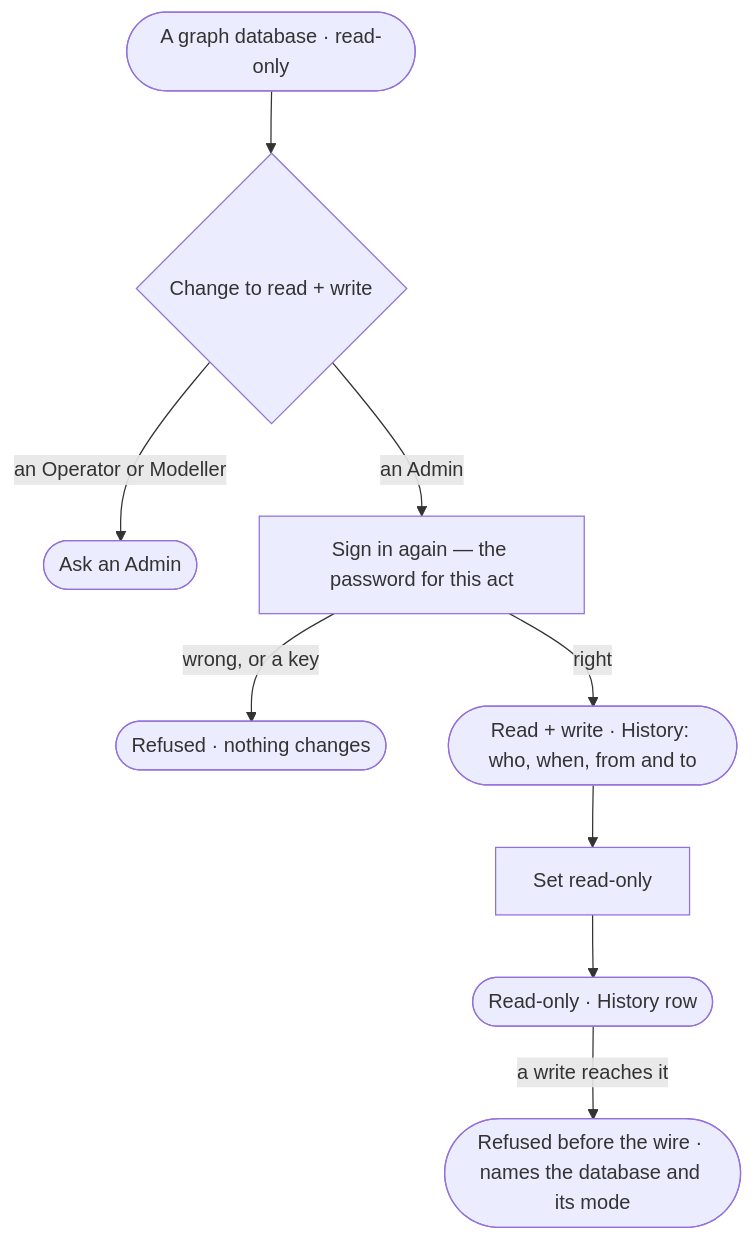
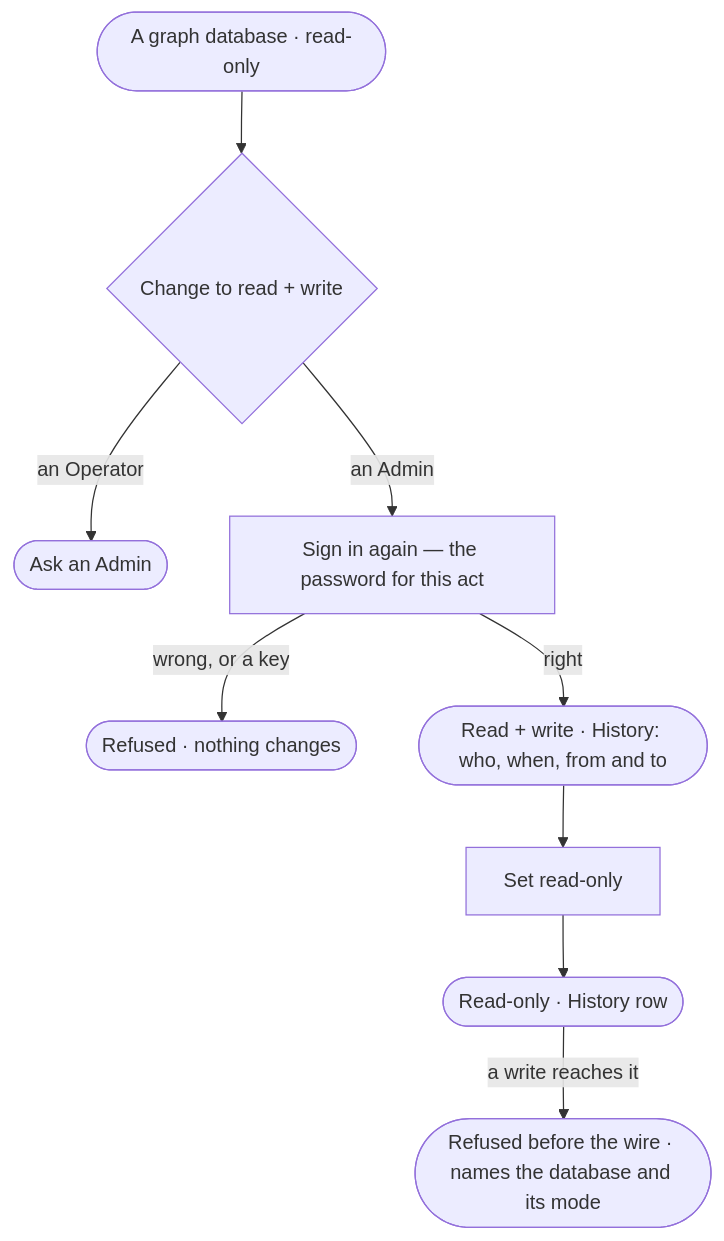
Before and after one commit to invana/invana: the diagram in specs/os/control/features/CP-F05-graph-databases/stories/CP-38-set-a-graph-database-read-only-or-read-write/story.md, drawn with Mermaid. The commit also changed other lines of this file and 228 other files, not shown here.

````diff
--- a/specs/os/control/features/CP-F05-graph-databases/stories/CP-38-set-a-graph-database-read-only-or-read-write/story.md
+++ b/specs/os/control/features/CP-F05-graph-databases/stories/CP-38-set-a-graph-database-read-only-or-read-write/story.md
@@ -26,10 +26,10 @@
 ```mermaid
 flowchart TD
   d([A graph database · read-only]) --> c{"Change to read + write"}
-  c -->|an Operator or Modeller| ask(["Ask an Admin"])
+  c -->|an Operator| ask(["Ask an Admin"])
   c -->|an Admin| pw["Sign in again — the password for this act"]
   pw -->|wrong, or a key| no(["Refused · nothing changes"])
   pw -->|right| rw(["Read + write · History: who, when, from and to"])
   rw --> back["Set read-only"] --> ro(["Read-only · History row"])
   ro -->|a write reaches it| ref(["Refused before the wire · names the database and its mode"])
 ```
````
